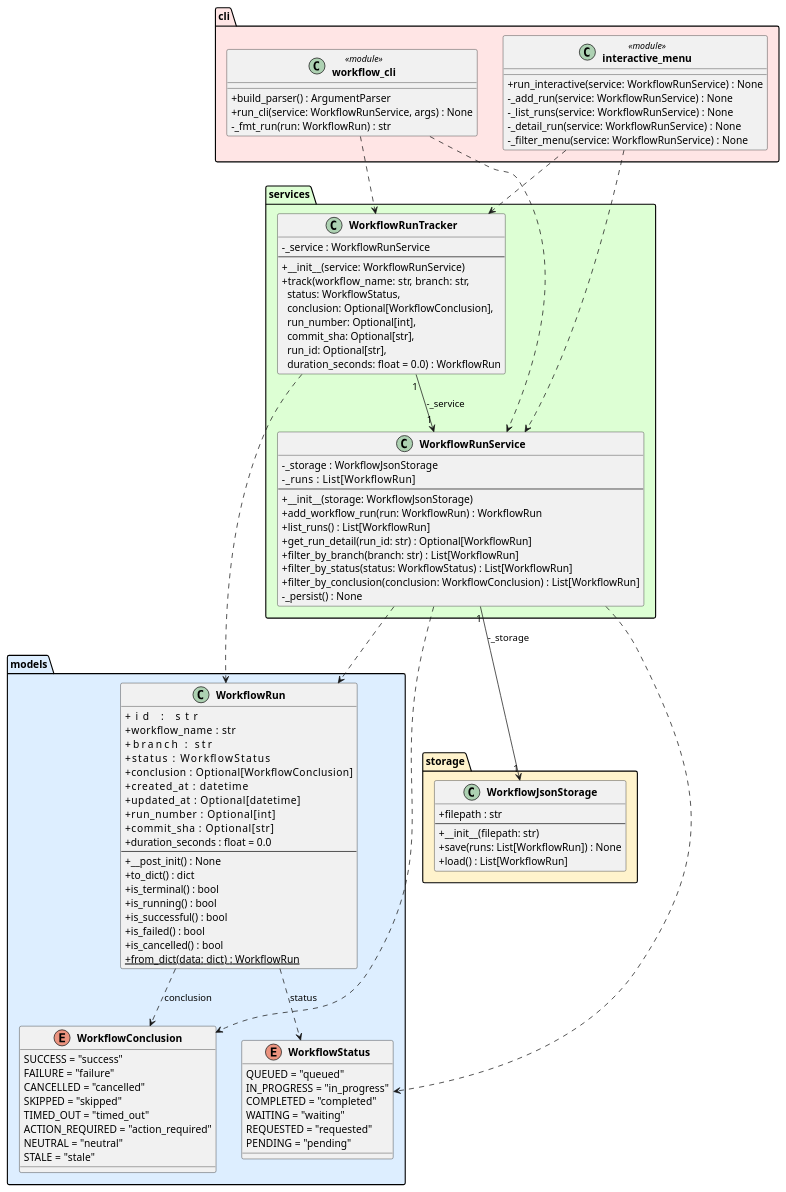
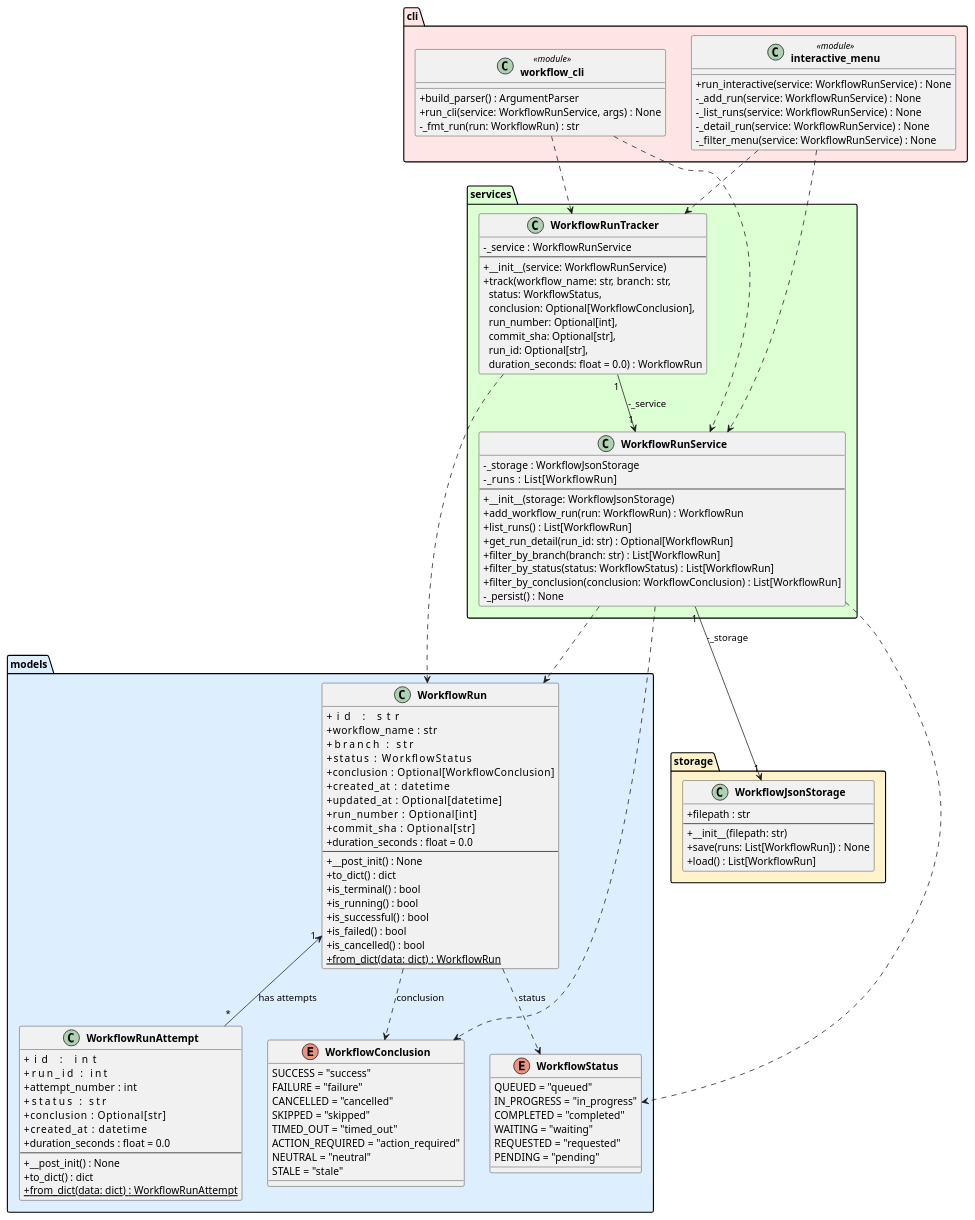
One commit to DanielRiha8906/Software_autoevolution_using_agents changed the diagram in experiments/broadcast/user_stories/github-workflow-manager/artifacts/class_diagram.puml. Above: the diagram before and after it, drawn with PlantUML. The commit also changed 4 other files, not shown here.

First line of the commit message:
task 03: Create WorkflowRunAttempt model as first-class object

```diff
--- a/experiments/broadcast/user_stories/github-workflow-manager/artifacts/class_diagram.puml
+++ b/experiments/broadcast/user_stories/github-workflow-manager/artifacts/class_diagram.puml
@@ -1,112 +1,127 @@
 @startuml class_diagram
 
 skinparam classAttributeIconSize 0
 skinparam classFontStyle bold
 
 package "models" #DDEEFF {
     enum WorkflowStatus {
         QUEUED = "queued"
         IN_PROGRESS = "in_progress"
         COMPLETED = "completed"
         WAITING = "waiting"
         REQUESTED = "requested"
         PENDING = "pending"
     }
 
     enum WorkflowConclusion {
         SUCCESS = "success"
         FAILURE = "failure"
         CANCELLED = "cancelled"
         SKIPPED = "skipped"
         TIMED_OUT = "timed_out"
         ACTION_REQUIRED = "action_required"
         NEUTRAL = "neutral"
         STALE = "stale"
     }
 
     class WorkflowRun {
         +id               : str
         +workflow_name    : str
         +branch           : str
         +status           : WorkflowStatus
         +conclusion       : Optional[WorkflowConclusion]
         +created_at       : datetime
         +updated_at       : Optional[datetime]
         +run_number       : Optional[int]
         +commit_sha       : Optional[str]
         +duration_seconds : float = 0.0
         --
         +__post_init() : None
         +to_dict() : dict
         +is_terminal() : bool
         +is_running() : bool
         +is_successful() : bool
         +is_failed() : bool
         +is_cancelled() : bool
         +{static} from_dict(data: dict) : WorkflowRun
+    }
+
+    class WorkflowRunAttempt {
+        +id               : int
+        +run_id           : int
+        +attempt_number   : int
+        +status           : str
+        +conclusion       : Optional[str]
+        +created_at       : datetime
+        +duration_seconds : float = 0.0
+        --
+        +__post_init() : None
+        +to_dict() : dict
+        +{static} from_dict(data: dict) : WorkflowRunAttempt
     }
 }
 
 package "storage" #FFF3CC {
     class WorkflowJsonStorage {
         +filepath : str
         --
         +__init__(filepath: str)
         +save(runs: List[WorkflowRun]) : None
         +load() : List[WorkflowRun]
     }
 }
 
 package "services" #DDFFD4 {
     class WorkflowRunService {
         -_storage : WorkflowJsonStorage
         -_runs    : List[WorkflowRun]
         --
         +__init__(storage: WorkflowJsonStorage)
         +add_workflow_run(run: WorkflowRun) : WorkflowRun
         +list_runs() : List[WorkflowRun]
         +get_run_detail(run_id: str) : Optional[WorkflowRun]
         +filter_by_branch(branch: str) : List[WorkflowRun]
         +filter_by_status(status: WorkflowStatus) : List[WorkflowRun]
         +filter_by_conclusion(conclusion: WorkflowConclusion) : List[WorkflowRun]
         -_persist() : None
     }
 
     class WorkflowRunTracker {
         -_service : WorkflowRunService
         --
         +__init__(service: WorkflowRunService)
         +track(workflow_name: str, branch: str,\n  status: WorkflowStatus,\n  conclusion: Optional[WorkflowConclusion],\n  run_number: Optional[int],\n  commit_sha: Optional[str],\n  run_id: Optional[str],\n  duration_seconds: float = 0.0) : WorkflowRun
     }
 }
 
 package "cli" #FFE5E5 {
     class "workflow_cli" <<module>> {
         +build_parser() : ArgumentParser
         +run_cli(service: WorkflowRunService, args) : None
         -_fmt_run(run: WorkflowRun) : str
     }
 
     class "interactive_menu" <<module>> {
         +run_interactive(service: WorkflowRunService) : None
         -_add_run(service: WorkflowRunService) : None
         -_list_runs(service: WorkflowRunService) : None
         -_detail_run(service: WorkflowRunService) : None
         -_filter_menu(service: WorkflowRunService) : None
     }
 }
 
 WorkflowRun                ..>  WorkflowStatus        : status
 WorkflowRun                ..>  WorkflowConclusion    : conclusion
+WorkflowRun           "1" <-- "*" WorkflowRunAttempt   : has attempts
 WorkflowRunService    "1" --> "1" WorkflowJsonStorage : -_storage
 WorkflowRunService         ..>  WorkflowRun
 WorkflowRunService         ..>  WorkflowStatus
 WorkflowRunService         ..>  WorkflowConclusion
 WorkflowRunTracker    "1" --> "1" WorkflowRunService  : -_service
 WorkflowRunTracker         ..>  WorkflowRun
 "workflow_cli"             ..>  WorkflowRunService
 "workflow_cli"             ..>  WorkflowRunTracker
 "interactive_menu"         ..>  WorkflowRunService
 "interactive_menu"         ..>  WorkflowRunTracker
 
 @enduml
```
